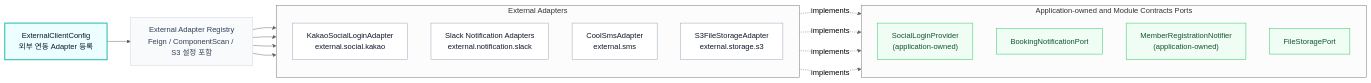
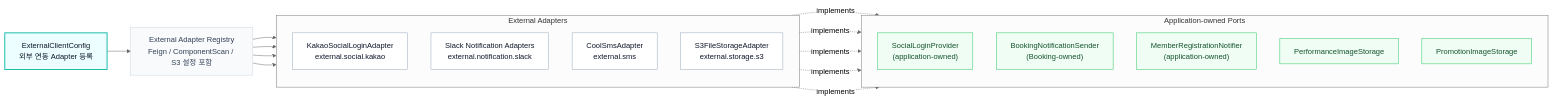
The fourth of 14 diagrams in core/infra/README.md (TEAM-BEAT/BEAT-SERVER), drawn with Mermaid (neutral theme) before and after one commit. The commit also changed other lines of this file and 515 other files, not shown here.

````diff
--- a/core/infra/README.md
+++ b/core/infra/README.md
@@ -223,38 +224,40 @@
 ```mermaid
 flowchart LR
     Config["ExternalClientConfig<br/>외부 연동 Adapter 등록"]:::config
     Registry["External Adapter Registry<br/>Feign / ComponentScan / S3 설정 포함"]:::hub
 
     Config --> Registry
 
     subgraph ADAPTERS["External Adapters"]
         direction TB
         Kakao["KakaoSocialLoginAdapter<br/>external.social.kakao"]:::adapter
         Slack["Slack Notification Adapters<br/>external.notification.slack"]:::adapter
         Sms["CoolSmsAdapter<br/>external.sms"]:::adapter
         S3["S3FileStorageAdapter<br/>external.storage.s3"]:::adapter
     end
 
-    subgraph PORTS["Application-owned and Module Contracts Ports"]
+    subgraph PORTS["Application-owned Ports"]
         direction TB
         SocialPort["SocialLoginProvider<br/>(application-owned)"]:::port
-        BookingPort["BookingNotificationPort"]:::port
+        BookingPort["BookingNotificationSender<br/>(Booking-owned)"]:::port
         MemberPort["MemberRegistrationNotifier<br/>(application-owned)"]:::port
-        FileStoragePort["FileStoragePort"]:::port
+        PerformanceStorage["PerformanceImageStorage"]:::port
+        PromotionStorage["PromotionImageStorage"]:::port
     end
 
     Registry --> Kakao
     Registry --> Slack
     Registry --> Sms
     Registry --> S3
 
     Kakao -. implements .-> SocialPort
     Slack -. implements .-> BookingPort
     Slack -. implements .-> MemberPort
-    S3 -. implements .-> FileStoragePort
+    S3 -. implements .-> PerformanceStorage
+    S3 -. implements .-> PromotionStorage
 
     classDef config fill:#ECFEFF,stroke:#14B8A6,stroke-width:2px,color:#0F172A
     classDef hub fill:#F8FAFC,stroke:#CBD5E1,stroke-width:1px,color:#334155
     classDef adapter fill:#FFFFFF,stroke:#94A3B8,stroke-width:1px,color:#0F172A
     classDef port fill:#F0FDF4,stroke:#22C55E,stroke-width:1px,color:#14532D
 ```
````
